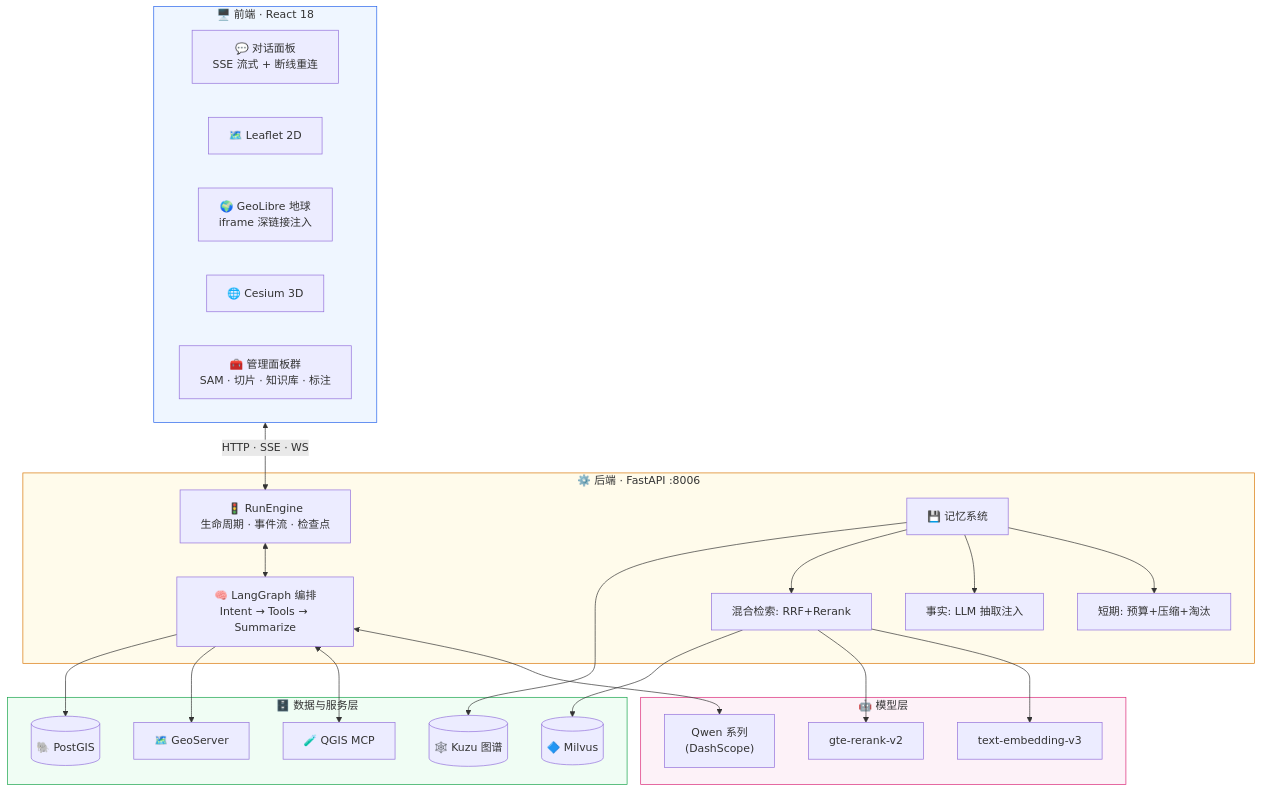
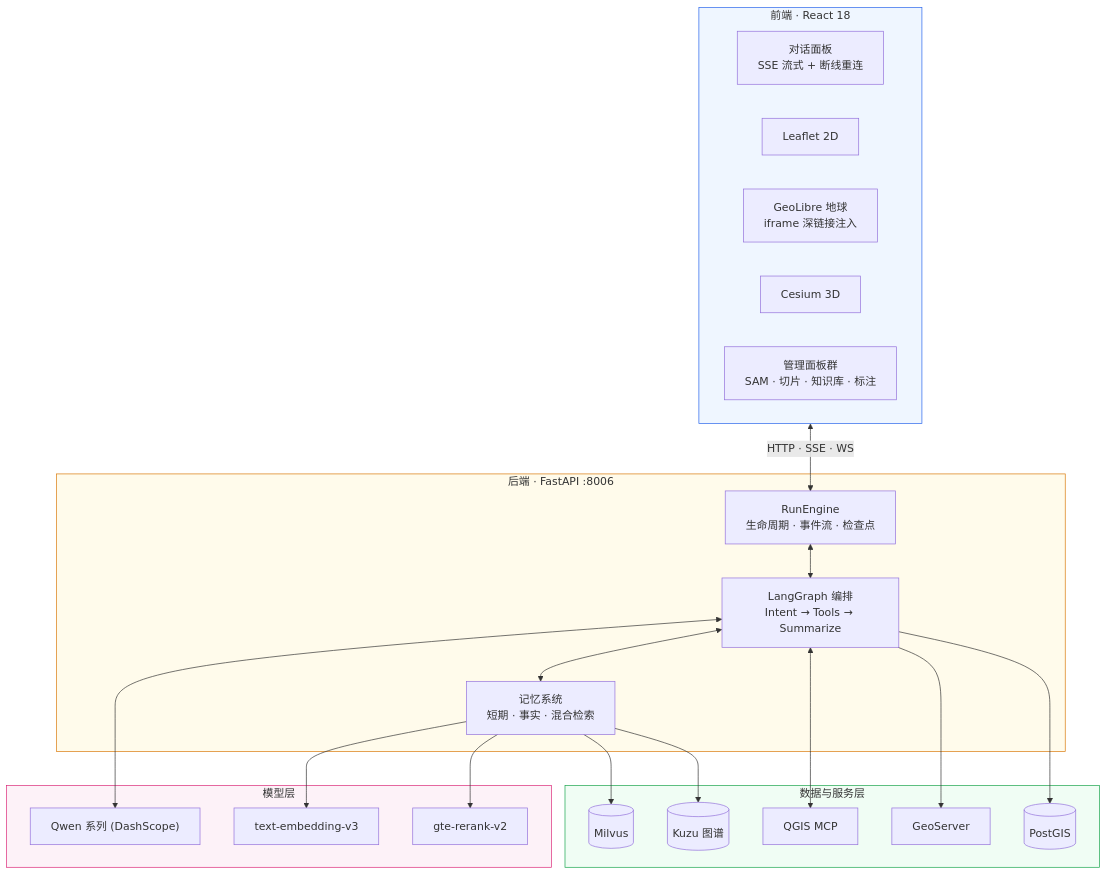
The first of 2 diagrams in README.md (PotatoH-cmd/Smart_Map), drawn with Mermaid before and after one commit. The commit also changed other lines of this file, not shown here.

````diff
--- a/README.md
+++ b/README.md
@@ -106,47 +93,44 @@
 ```mermaid
 graph TB
-    subgraph FE["🖥️ 前端 · React 18"]
-        Chat["💬 对话面板<br/>SSE 流式 + 断线重连"]
-        Map2D["🗺️ Leaflet 2D"]
-        Globe["🌍 GeoLibre 地球<br/>iframe 深链接注入"]
-        Map3D["🌐 Cesium 3D"]
-        Panels["🧰 管理面板群<br/>SAM · 切片 · 知识库 · 标注"]
+    subgraph FE["前端 · React 18"]
+        Chat["对话面板<br/>SSE 流式 + 断线重连"]
+        Map2D["Leaflet 2D"]
+        Globe["GeoLibre 地球<br/>iframe 深链接注入"]
+        Map3D["Cesium 3D"]
+        Panels["管理面板群<br/>SAM · 切片 · 知识库 · 标注"]
     end
 
-    subgraph BE["⚙️ 后端 · FastAPI :8006"]
-        Engine["🚦 RunEngine<br/>生命周期 · 事件流 · 检查点"]
-        Graph["🧠 LangGraph 编排<br/>Intent → Tools → Summarize"]
-        Memory["💾 记忆系统"]
-        Short["短期: 预算+压缩+淘汰"]
-        Fact["事实: LLM 抽取注入"]
-        Hybrid["混合检索: RRF+Rerank"]
-        Memory --> Short & Fact & Hybrid
+    subgraph BE["后端 · FastAPI :8006"]
+        Engine["RunEngine<br/>生命周期 · 事件流 · 检查点"]
+        Graph["LangGraph 编排<br/>Intent → Tools → Summarize"]
+        Memory["记忆系统<br/>短期 · 事实 · 混合检索"]
     end
 
-    subgraph AI["🤖 模型层"]
-        LLM["Qwen 系列<br/>(DashScope)"]
+    subgraph AI["模型层"]
+        LLM["Qwen 系列 (DashScope)"]
         EMB["text-embedding-v3"]
         RERANK["gte-rerank-v2"]
     end
 
-    subgraph DATA["🗄️ 数据与服务层"]
-        PG[("🐘 PostGIS")]
-        MILVUS[("🔷 Milvus")]
-        GS["🗺️ GeoServer"]
-        QGIS["🧪 QGIS MCP"]
-        KUZU[("🕸️ Kuzu 图谱")]
+    subgraph DATA["数据与服务层"]
+        PG[("PostGIS")]
+        MILVUS[("Milvus")]
+        GS["GeoServer"]
+        QGIS["QGIS MCP"]
+        KUZU[("Kuzu 图谱")]
     end
 
     FE <-->|"HTTP · SSE · WS"| Engine
     Engine <--> Graph
     Graph <--> LLM
-    Hybrid --> EMB & RERANK & MILVUS
+    Graph <--> Memory
+    Memory --> EMB & RERANK & MILVUS
     Graph <--> QGIS
     Graph --> GS & PG
     Memory --> KUZU
 
     style FE fill:#eff6ff,stroke:#2563eb
     style BE fill:#fffbeb,stroke:#d97706
     style AI fill:#fdf2f8,stroke:#db2777
     style DATA fill:#f0fdf4,stroke:#16a34a
 ```
````
